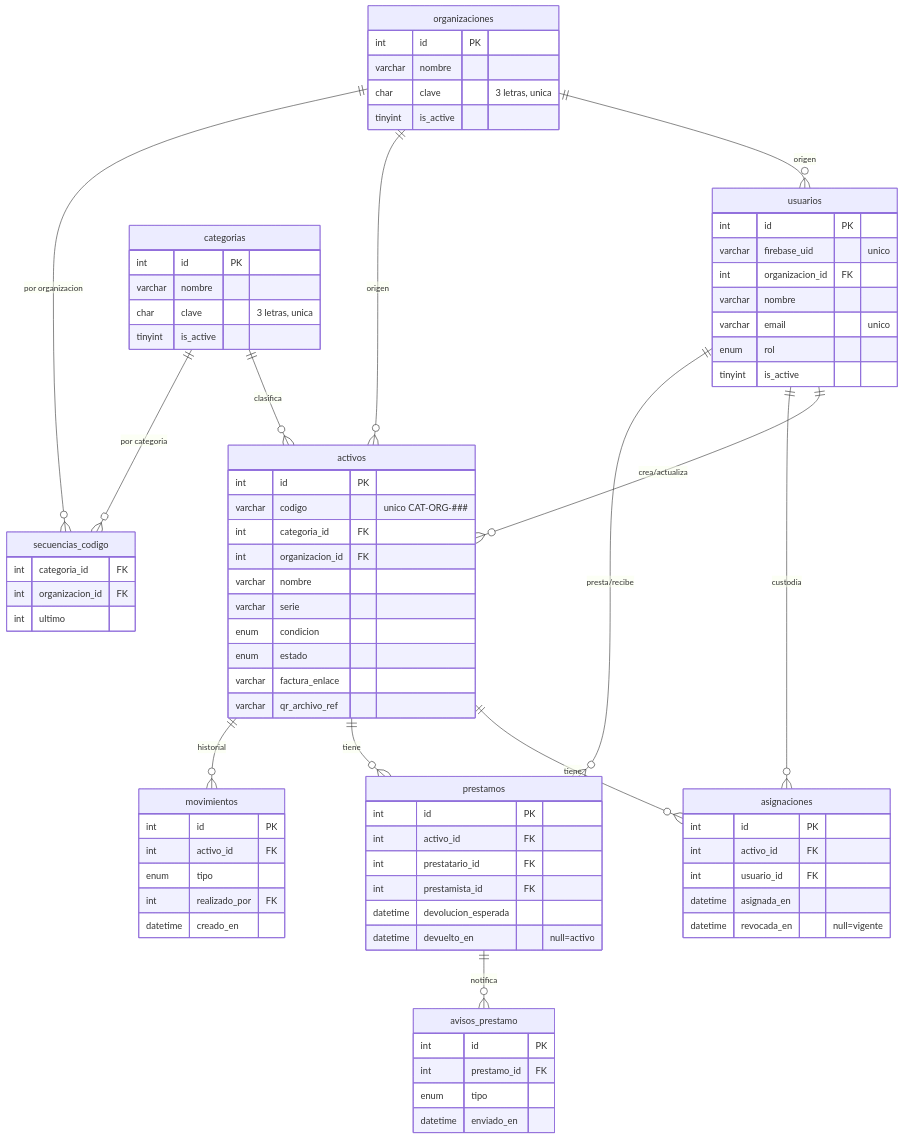
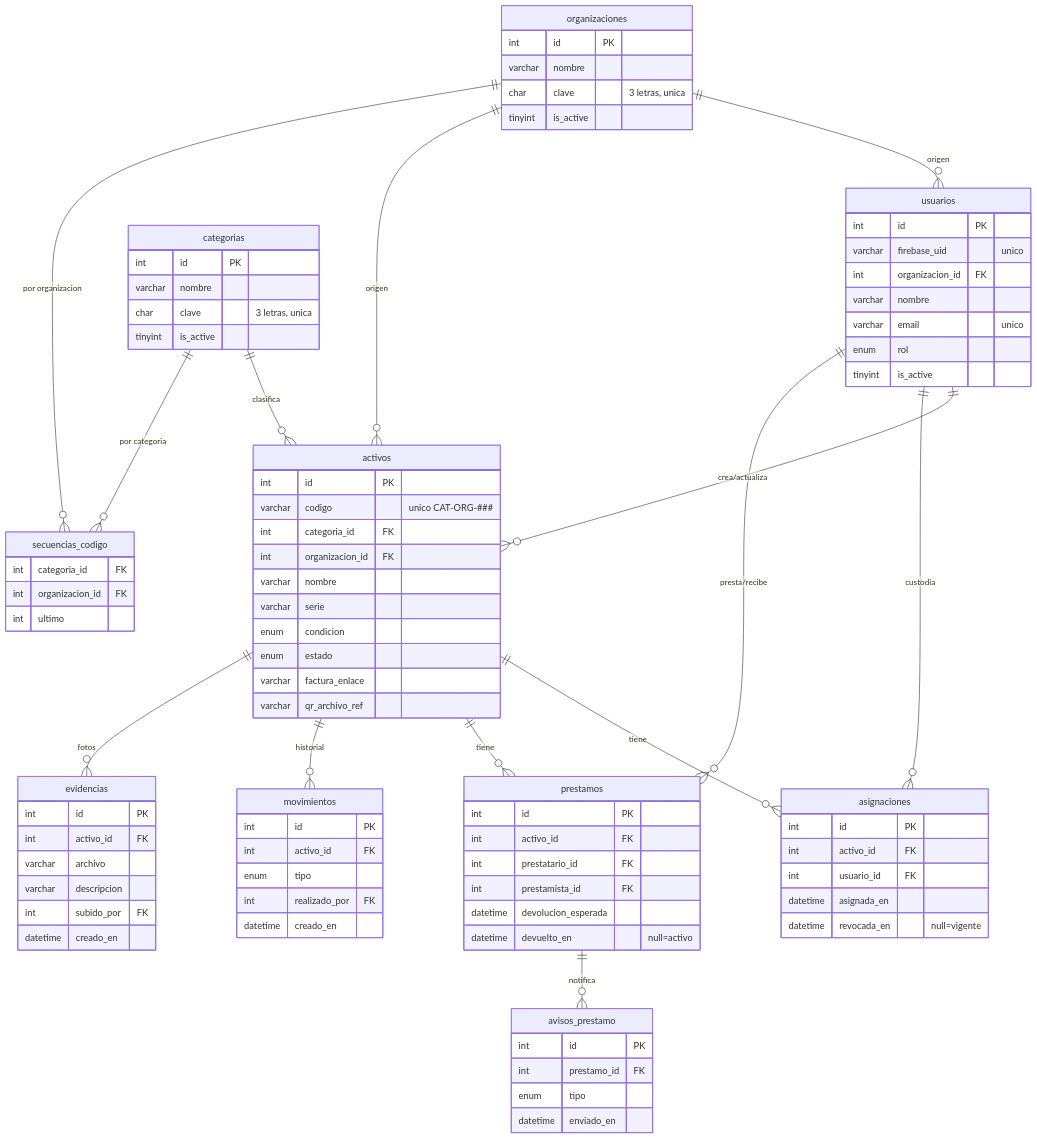
Before and after one commit to dagargon89/SiRe: the diagram in SiRe_documentacion/03-datos/03_modelo_de_datos.md, drawn with Mermaid. The commit also changed other lines of this file and 21 other files, not shown here.

First line of the commit message:
Evidencias fotográficas del activo y respaldo diario

```diff
--- a/SiRe_documentacion/03-datos/03_modelo_de_datos.md
+++ b/SiRe_documentacion/03-datos/03_modelo_de_datos.md
@@ -25,6 +25,7 @@
     activos ||--o{ prestamos : "tiene"
     usuarios ||--o{ prestamos : "presta/recibe"
     activos ||--o{ movimientos : "historial"
+    activos ||--o{ evidencias : "fotos"
     prestamos ||--o{ avisos_prestamo : "notifica"
 
     organizaciones {
@@ -87,6 +88,14 @@
         int organizacion_id FK
         int ultimo
     }
+    evidencias {
+        int id PK
+        int activo_id FK
+        varchar archivo
+        varchar descripcion
+        int subido_por FK
+        datetime creado_en
+    }
     avisos_prestamo {
         int id PK
         int prestamo_id FK
```
